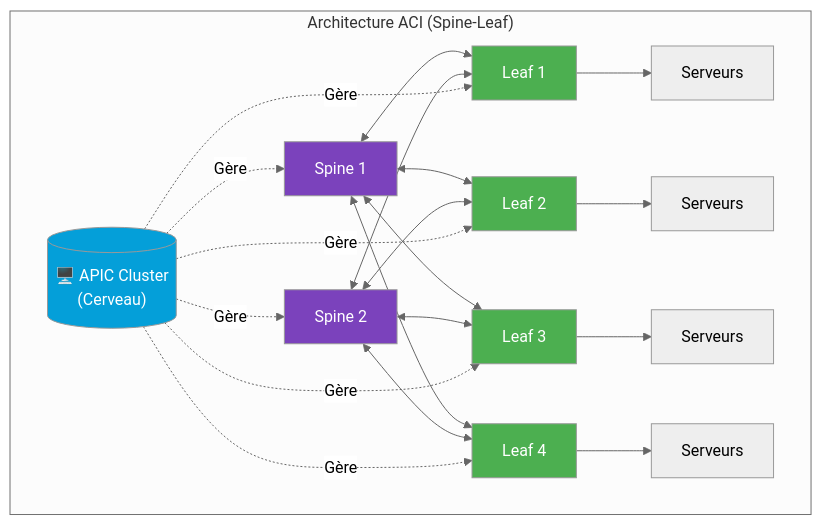
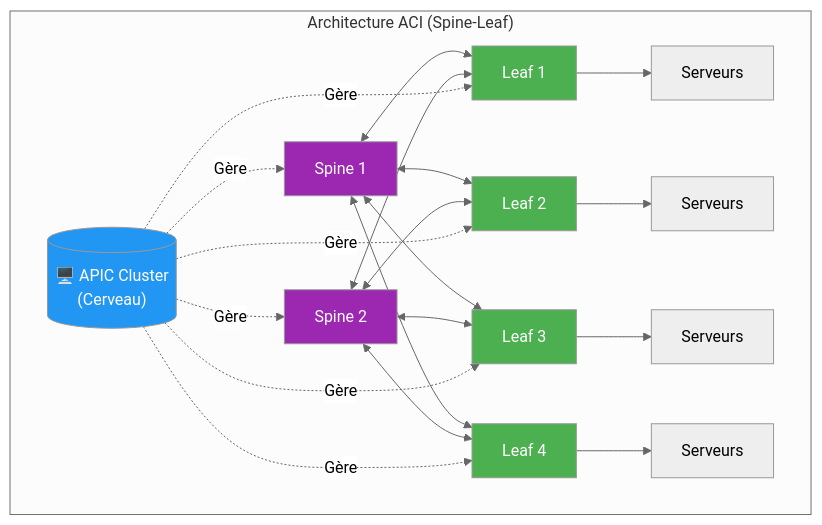
Before and after one commit to VBlackJack/ShellBook: the second of 15 diagrams in docs/formations/terraform-aci/02-module.md, drawn with Mermaid (neutral theme). The commit also changed other lines of this file and 337 other files, not shown here.

First line of the commit message:
refactor(docs): Standardize code blocks and Mermaid colors

````diff
--- a/docs/formations/terraform-aci/02-module.md
+++ b/docs/formations/terraform-aci/02-module.md
@@ -70,36 +70,36 @@
 ```mermaid
 graph TB
     subgraph "Architecture ACI (Spine-Leaf)"
         APIC[("🖥️ APIC Cluster<br/>(Cerveau)")]
 
         SPINE1[Spine 1] <--> LEAF1[Leaf 1]
         SPINE1 <--> LEAF2[Leaf 2]
         SPINE1 <--> LEAF3[Leaf 3]
         SPINE1 <--> LEAF4[Leaf 4]
 
         SPINE2[Spine 2] <--> LEAF1
         SPINE2 <--> LEAF2
         SPINE2 <--> LEAF3
         SPINE2 <--> LEAF4
 
         APIC -.->|"Gère"| SPINE1
         APIC -.->|"Gère"| SPINE2
         APIC -.->|"Gère"| LEAF1
         APIC -.->|"Gère"| LEAF2
         APIC -.->|"Gère"| LEAF3
         APIC -.->|"Gère"| LEAF4
 
         LEAF1 --> SRV1[Serveurs]
         LEAF2 --> SRV2[Serveurs]
         LEAF3 --> SRV3[Serveurs]
         LEAF4 --> SRV4[Serveurs]
     end
 
-    style APIC fill:#049fd9,color:#fff
-    style SPINE1 fill:#7b42bc,color:#fff
-    style SPINE2 fill:#7b42bc,color:#fff
+    style APIC fill:#2196F3,color:#fff
+    style SPINE1 fill:#9C27B0,color:#fff
+    style SPINE2 fill:#9C27B0,color:#fff
     style LEAF1 fill:#4caf50,color:#fff
     style LEAF2 fill:#4caf50,color:#fff
     style LEAF3 fill:#4caf50,color:#fff
     style LEAF4 fill:#4caf50,color:#fff
 ```
````
